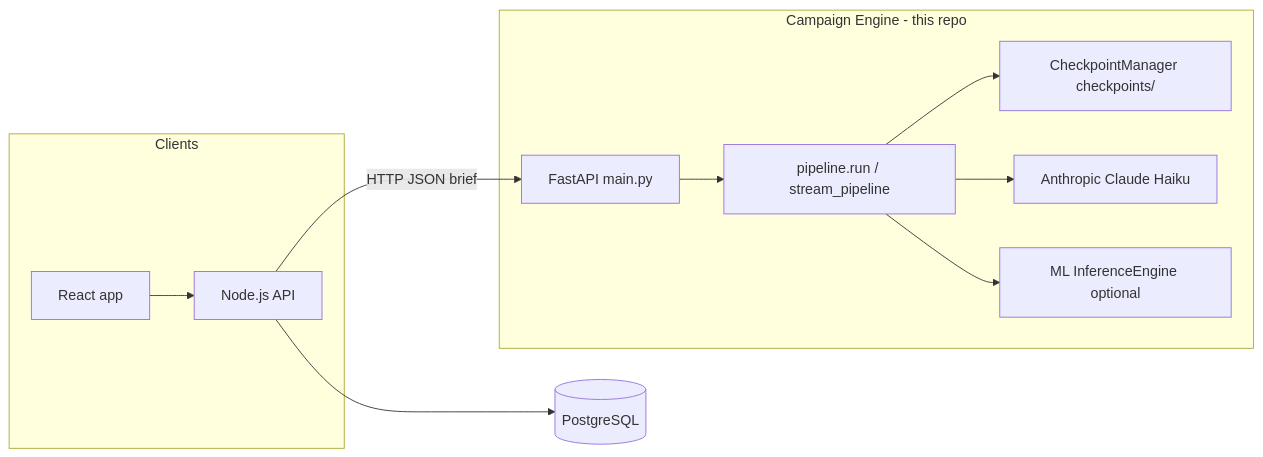
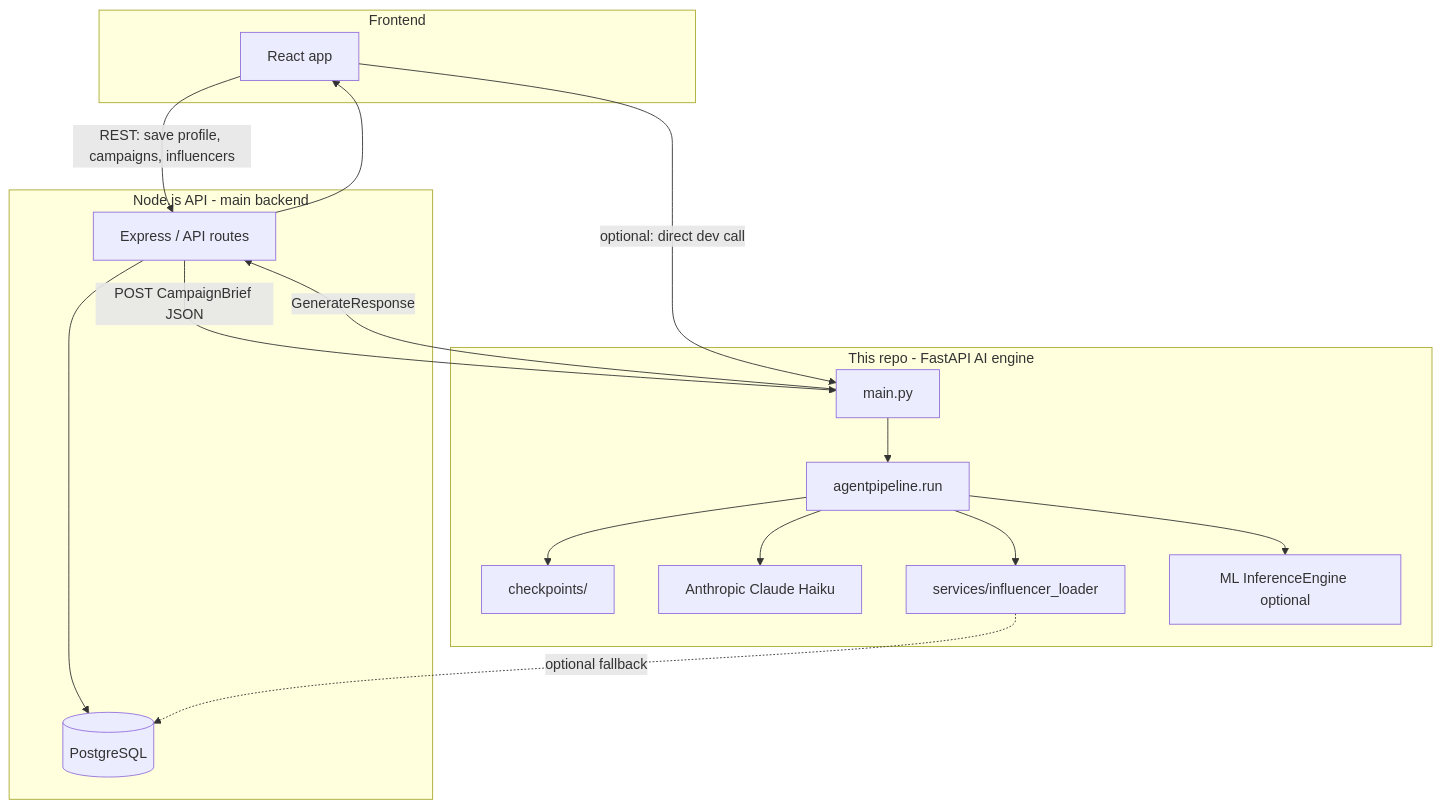
The diagram in README.md (danah57/Marketing_campaign_AI_generator), drawn with Mermaid before and after one commit. The commit also changed other lines of this file, not shown here.

````diff
--- a/README.md
+++ b/README.md
@@ -15,22 +16,30 @@
 ```mermaid
-flowchart LR
-  subgraph clients [Clients]
+flowchart TB
+  subgraph ui [Frontend]
     React[React app]
-    Node[Node.js API]
   end
-  subgraph engine [Campaign Engine - this repo]
-    FastAPI[FastAPI main.py]
-    Pipe[pipeline.run / stream_pipeline]
-    CP[CheckpointManager checkpoints/]
+  subgraph node_layer [Node.js API - main backend]
+    Node[Express / API routes]
+    NodeDB[(PostgreSQL)]
+  end
+  subgraph ai [This repo - FastAPI AI engine]
+    FastAPI[main.py]
+    Pipe[agentpipeline.run]
+    CP[checkpoints/]
     Claude[Anthropic Claude Haiku]
+    Loader[services/influencer_loader]
     ML[ML InferenceEngine optional]
   end
-  DB[(PostgreSQL)]
-  React --> Node
-  Node -->|HTTP JSON brief| FastAPI
+  React -->|REST: save profile, campaigns, influencers| Node
+  Node --> NodeDB
+  React -->|optional: direct dev call| FastAPI
+  Node -->|POST CampaignBrief JSON| FastAPI
   FastAPI --> Pipe
   Pipe --> CP
   Pipe --> Claude
+  Pipe --> Loader
   Pipe --> ML
-  Node --> DB
+  Loader -.->|optional fallback| NodeDB
+  FastAPI -->|GenerateResponse| Node
+  Node --> React
 ```
````
